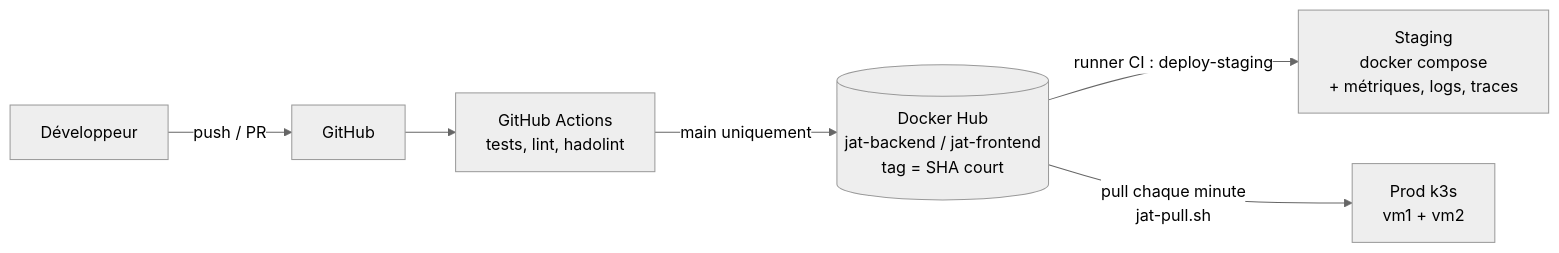
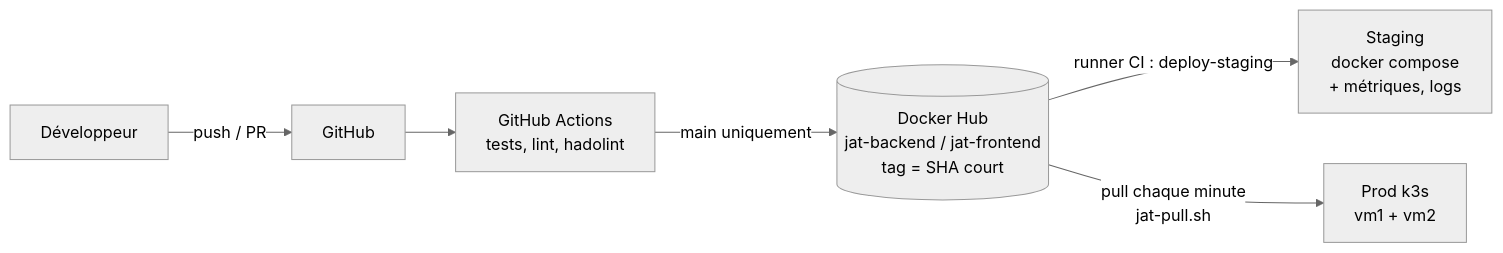
Before and after one commit to AnecV8/Projet-devops-avancee: the diagram in README.md, drawn with Mermaid (neutral theme). The commit also changed other lines of this file and 5 other files, not shown here.

````diff
--- a/README.md
+++ b/README.md
@@ -13,8 +13,8 @@
 ```mermaid
 flowchart LR
   dev[Développeur] -->|push / PR| gh[GitHub]
   gh --> ci[GitHub Actions<br/>tests, lint, hadolint]
   ci -->|main uniquement| hub[(Docker Hub<br/>jat-backend / jat-frontend<br/>tag = SHA court)]
-  hub -->|runner CI : deploy-staging| stg[Staging<br/>docker compose<br/>+ métriques, logs, traces]
+  hub -->|runner CI : deploy-staging| stg[Staging<br/>docker compose<br/>+ métriques, logs]
   hub -->|pull chaque minute<br/>jat-pull.sh| prod[Prod k3s<br/>vm1 + vm2]
 ```
````
